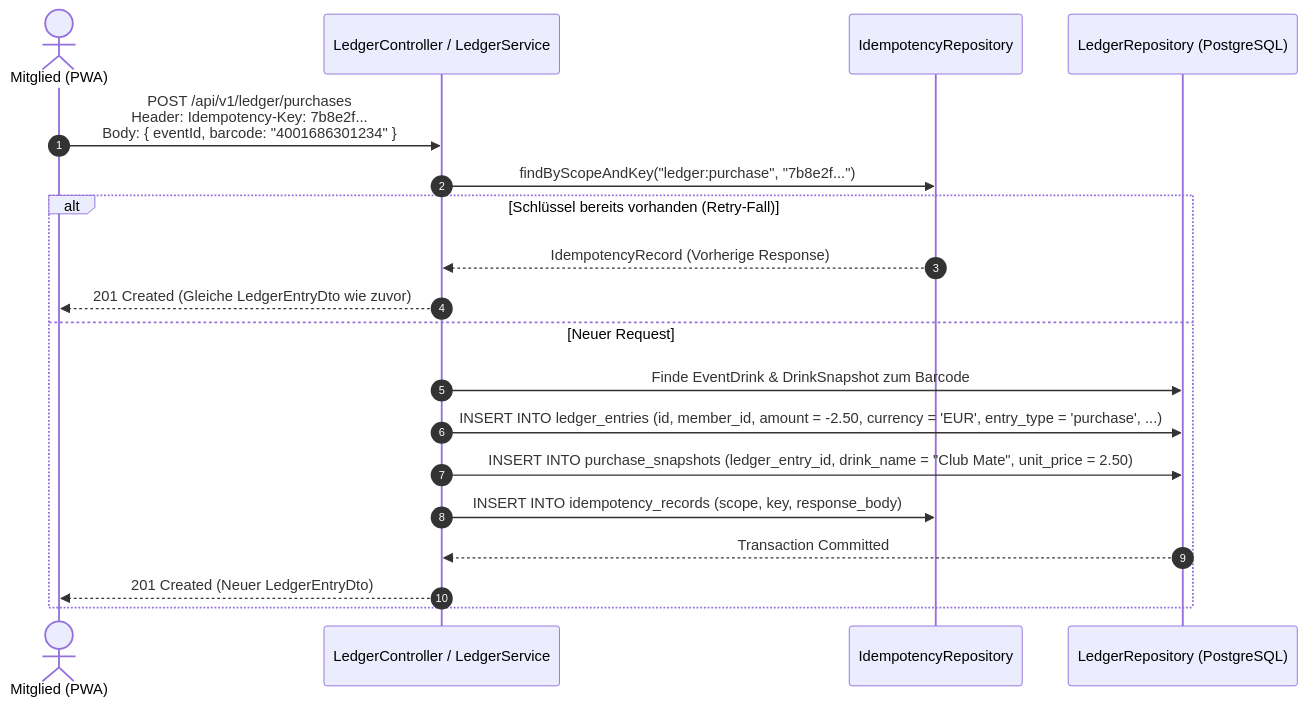
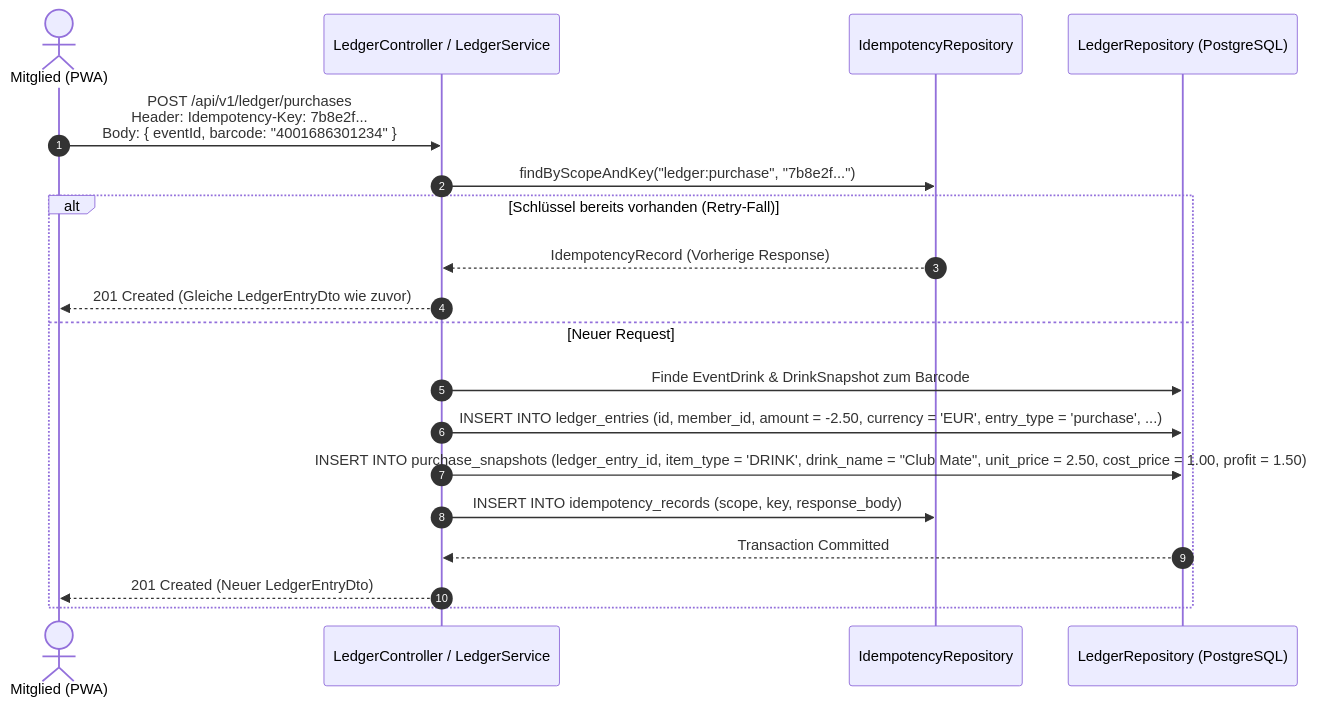
One commit to damaurer/vereint changed the diagram in docs/domains/ledger-and-finance.md. Above: the diagram before and after it, drawn with Mermaid. The commit also changed other lines of this file and 52 other files, not shown here.

Commit message:
Introduce support for food catalog and event-specific food management, including attributes for cost-based analysis, tablet compatibility, and kiosk-api integration. Update documentation, data models, API endpoints, and ledger logic for enhanced profitability tracking.

````diff
--- a/docs/domains/ledger-and-finance.md
+++ b/docs/domains/ledger-and-finance.md
@@ -68,22 +130,22 @@
 ```mermaid
 sequenceDiagram
     autonumber
     actor Member as Mitglied (PWA)
     participant Spring as LedgerController / LedgerService
     participant IdemRepo as IdempotencyRepository
     participant DB as LedgerRepository (PostgreSQL)
 
     Member->>Spring: POST /api/v1/ledger/purchases<br/>Header: Idempotency-Key: 7b8e2f...<br/>Body: { eventId, barcode: "4001686301234" }
     Spring->>IdemRepo: findByScopeAndKey("ledger:purchase", "7b8e2f...")
     alt Schlüssel bereits vorhanden (Retry-Fall)
         IdemRepo-->>Spring: IdempotencyRecord (Vorherige Response)
         Spring-->>Member: 201 Created (Gleiche LedgerEntryDto wie zuvor)
     else Neuer Request
         Spring->>DB: Finde EventDrink & DrinkSnapshot zum Barcode
         Spring->>DB: INSERT INTO ledger_entries (id, member_id, amount = -2.50, currency = 'EUR', entry_type = 'purchase', ...)
-        Spring->>DB: INSERT INTO purchase_snapshots (ledger_entry_id, drink_name = "Club Mate", unit_price = 2.50)
+        Spring->>DB: INSERT INTO purchase_snapshots (ledger_entry_id, item_type = 'DRINK', drink_name = "Club Mate", unit_price = 2.50, cost_price = 1.00, profit = 1.50)
         Spring->>IdemRepo: INSERT INTO idempotency_records (scope, key, response_body)
         DB-->>Spring: Transaction Committed
         Spring-->>Member: 201 Created (Neuer LedgerEntryDto)
     end
 ```
````
